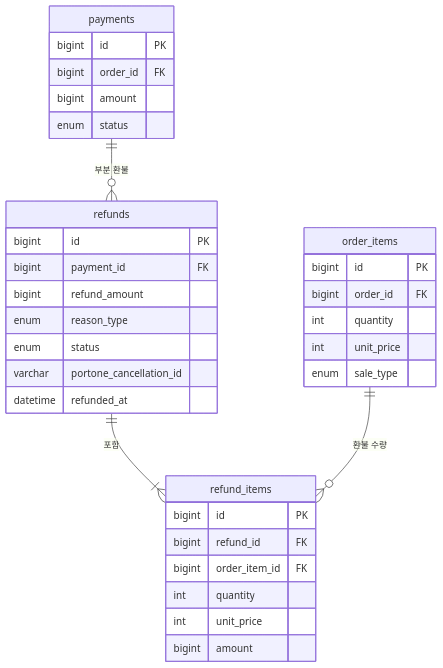
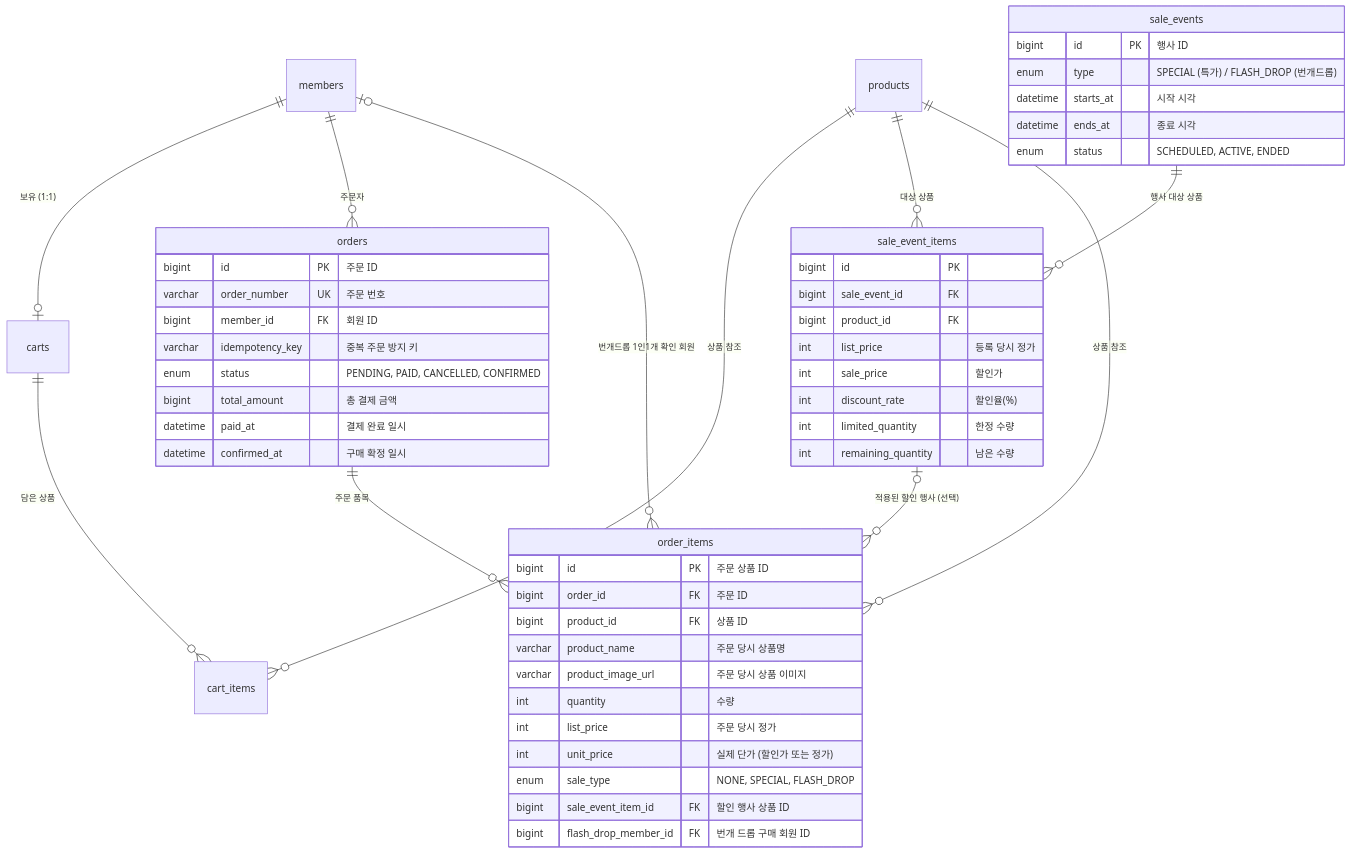
One commit to sparta-final-4/take-care-of-my-fridge changed the sixth of 10 diagrams in docs/database/erd.md. Above: the diagram before and after it, drawn with Mermaid. The commit also changed other lines of this file and 24 other files, not shown here.

````diff
--- a/docs/database/erd.md
+++ b/docs/database/erd.md
@@ -188,37 +248,59 @@
 ```mermaid
 erDiagram
-    payments ||--o{ refunds : "부분 환불"
-    refunds ||--|{ refund_items : "포함"
-    order_items ||--o{ refund_items : "환불 수량"
+    members ||--o| carts : "보유 (1:1)"
+    carts ||--o{ cart_items : "담은 상품"
+    products ||--o{ cart_items : "상품 참조"
 
-    payments {
+    sale_events ||--o{ sale_event_items : "행사 대상 상품"
+    products ||--o{ sale_event_items : "대상 상품"
+
+    members ||--o{ orders : "주문자"
+    orders ||--o{ order_items : "주문 품목"
+    products ||--o{ order_items : "상품 참조"
+    sale_event_items |o--o{ order_items : "적용된 할인 행사 (선택)"
+    members |o--o{ order_items : "번개드롭 1인1개 확인 회원"
+
+    sale_events {
+        bigint id PK "행사 ID"
+        enum type "SPECIAL (특가) / FLASH_DROP (번개드롭)"
+        datetime starts_at "시작 시각"
+        datetime ends_at "종료 시각"
+        enum status "SCHEDULED, ACTIVE, ENDED"
+    }
+
+    sale_event_items {
         bigint id PK
-        bigint order_id FK
-        bigint amount
-        enum status
+        bigint sale_event_id FK
+        bigint product_id FK
+        int list_price "등록 당시 정가"
+        int sale_price "할인가"
+        int discount_rate "할인율(%)"
+        int limited_quantity "한정 수량"
+        int remaining_quantity "남은 수량"
     }
-    refunds {
-        bigint id PK
-        bigint payment_id FK
-        bigint refund_amount
-        enum reason_type
-        enum status
-        varchar portone_cancellation_id
-        datetime refunded_at
+
+    orders {
+        bigint id PK "주문 ID"
+        varchar order_number UK "주문 번호"
+        bigint member_id FK "회원 ID"
+        varchar idempotency_key "중복 주문 방지 키"
+        enum status "PENDING, PAID, CANCELLED, CONFIRMED"
+        bigint total_amount "총 결제 금액"
+        datetime paid_at "결제 완료 일시"
+        datetime confirmed_at "구매 확정 일시"
     }
-    refund_items {
-        bigint id PK
-        bigint refund_id FK
-        bigint order_item_id FK
-        int quantity
-        int unit_price
-        bigint amount
-    }
+
     order_items {
-        bigint id PK
-        bigint order_id FK
-        int quantity
-        int unit_price
-        enum sale_type
+        bigint id PK "주문 상품 ID"
+        bigint order_id FK "주문 ID"
+        bigint product_id FK "상품 ID"
+        varchar product_name "주문 당시 상품명"
+        varchar product_image_url "주문 당시 상품 이미지"
+        int quantity "수량"
+        int list_price "주문 당시 정가"
+        int unit_price "실제 단가 (할인가 또는 정가)"
+        enum sale_type "NONE, SPECIAL, FLASH_DROP"
+        bigint sale_event_item_id FK "할인 행사 상품 ID"
+        bigint flash_drop_member_id FK "번개 드롭 구매 회원 ID"
     }
 ```
````
